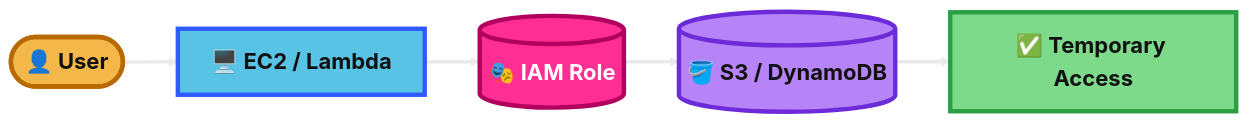
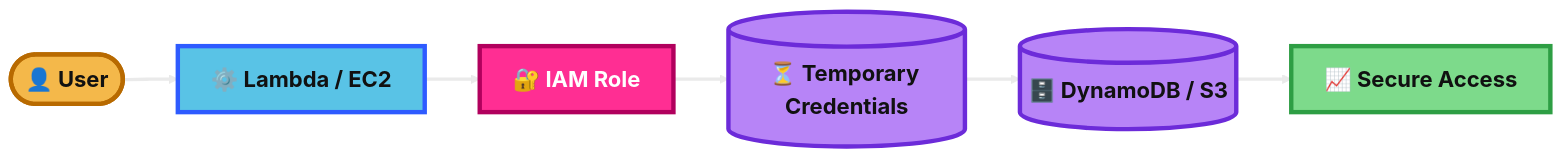
One commit to hsabit01/aws-saa-study-material changed the second of 4 diagrams in notes/1.IAM.md. Above: the diagram before and after it, drawn with Mermaid. The commit also changed other lines of this file and 2 other files, not shown here.

````diff
--- a/notes/1.IAM.md
+++ b/notes/1.IAM.md
@@ -96,23 +89,24 @@
 ```mermaid
 %%{init: {'theme':'base','themeVariables': {
   'background':'#0B0F19',
   'primaryTextColor':'#111111',
   'secondaryTextColor':'#111111',
   'tertiaryTextColor':'#111111',
   'lineColor':'#EAEAEA',
   'fontSize':'20px'
 }}}%%
 flowchart LR
-    U([👤 User]):::user --> A[🖥️ EC2 / Lambda]:::app
-    A --> S[(🎭 IAM Role)]:::core
-    S --> D[(🪣 S3 / DynamoDB)]:::data
-    D --> V[✅ Temporary Access]:::dash
+    U([👤 User]):::user --> L[⚙️ Lambda / EC2]:::app
+    L --> R[🔐 IAM Role]:::core
+    R --> T[(⏳ Temporary Credentials)]:::data
+    T --> S[(🗄️ DynamoDB / S3)]:::data
+    S --> O[📈 Secure Access]:::dash
 
     classDef user fill:#F4B84A,stroke:#B86A00,stroke-width:4px,color:#111111,font-weight:bold;
     classDef app fill:#59C3E6,stroke:#2E5BFF,stroke-width:4px,color:#111111,font-weight:bold;
     classDef data fill:#B784F7,stroke:#6C2BD9,stroke-width:4px,color:#111111,font-weight:bold;
     classDef core fill:#FF2E93,stroke:#B1005D,stroke-width:4px,color:#FFFFFF,font-weight:bold;
     classDef dash fill:#7DDA8B,stroke:#2E9E44,stroke-width:4px,color:#111111,font-weight:bold;
 
-    linkStyle 0,1,2,3 stroke:#EAEAEA,stroke-width:3px;
+    linkStyle 0,1,2,3,4 stroke:#EAEAEA,stroke-width:3px;
 ```
````
